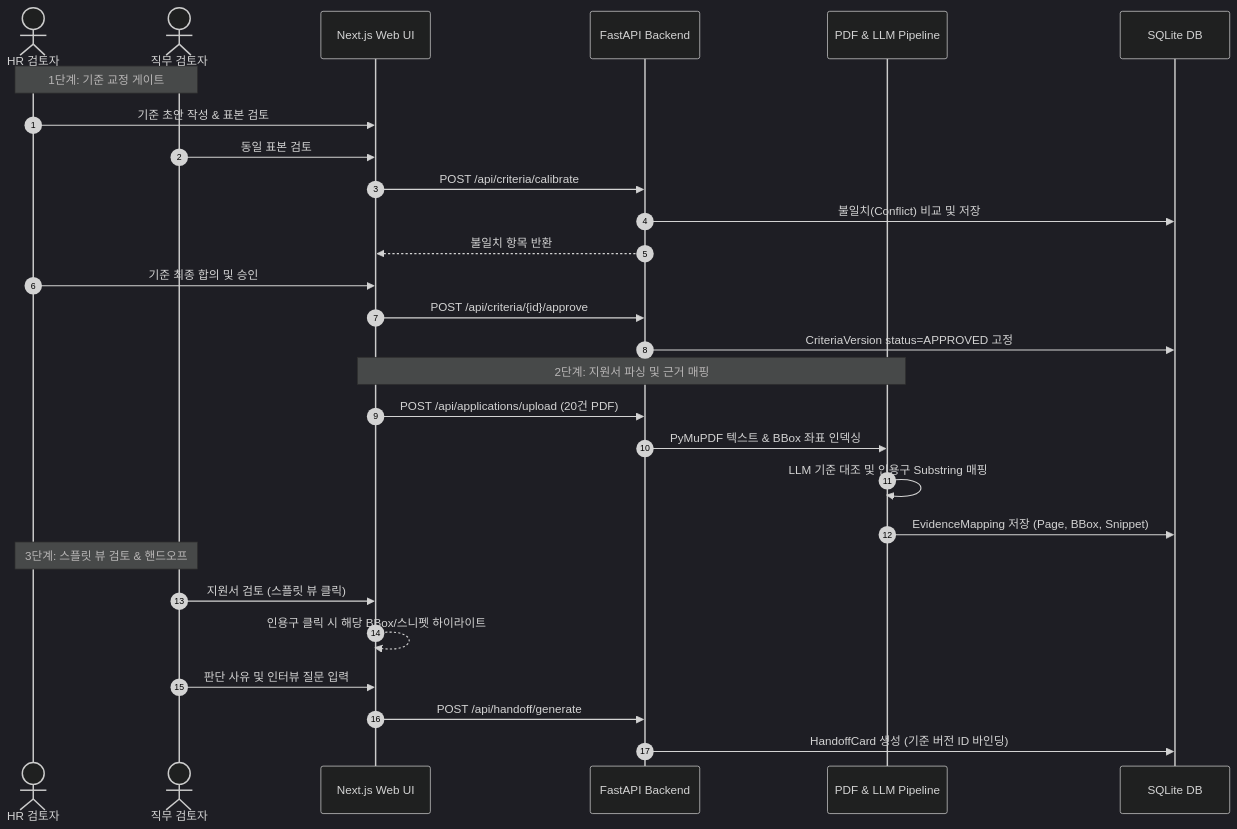
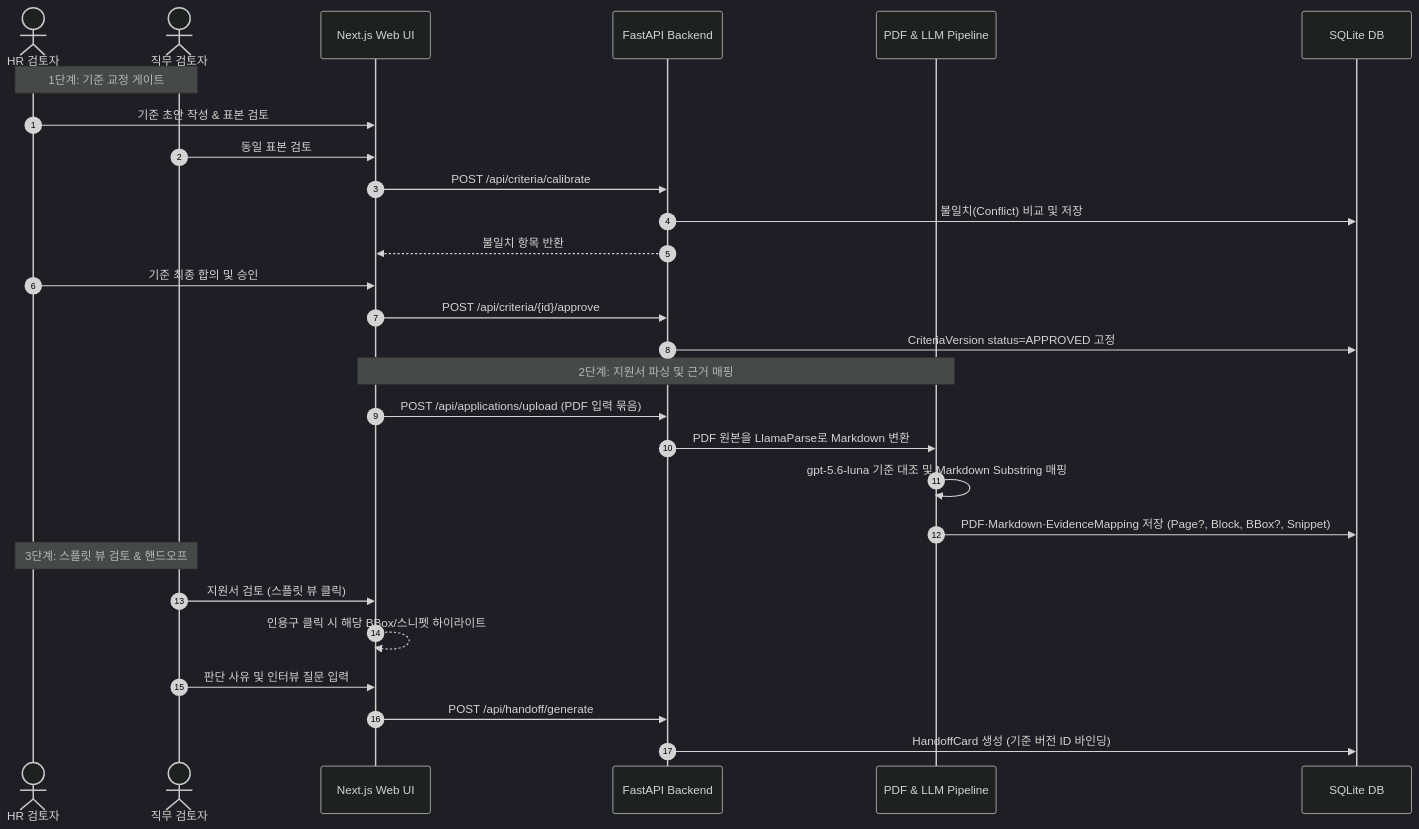
One commit to CSshk113/BLDT_BMAD changed the second of 3 diagrams in _bmad-output/planning-artifacts/architecture/architecture-Zero100_Builderthon-2026-08-26/ARCHITECTURE-SPINE.md. Above: the diagram before and after it, drawn with Mermaid (dark theme). The commit also changed other lines of this file and 9 other files, not shown here.

````diff
--- a/_bmad-output/planning-artifacts/architecture/architecture-Zero100_Builderthon-2026-08-26/ARCHITECTURE-SPINE.md
+++ b/_bmad-output/planning-artifacts/architecture/architecture-Zero100_Builderthon-2026-08-26/ARCHITECTURE-SPINE.md
@@ -144,33 +151,33 @@
 ```mermaid
 sequenceDiagram
     autonumber
     actor HR as HR 검토자
     actor Dev as 직무 검토자
     participant Web as Next.js Web UI
     participant API as FastAPI Backend
     participant Pipeline as PDF & LLM Pipeline
     participant DB as SQLite DB
 
     Note over HR, Dev: 1단계: 기준 교정 게이트
     HR->>Web: 기준 초안 작성 & 표본 검토
     Dev->>Web: 동일 표본 검토
     Web->>API: POST /api/criteria/calibrate
     API->>DB: 불일치(Conflict) 비교 및 저장
     API-->>Web: 불일치 항목 반환
     HR->>Web: 기준 최종 합의 및 승인
     Web->>API: POST /api/criteria/{id}/approve
     API->>DB: CriteriaVersion status=APPROVED 고정
 
     Note over Web, Pipeline: 2단계: 지원서 파싱 및 근거 매핑
-    Web->>API: POST /api/applications/upload (20건 PDF)
-    API->>Pipeline: PyMuPDF 텍스트 & BBox 좌표 인덱싱
-    Pipeline->>Pipeline: LLM 기준 대조 및 인용구 Substring 매핑
-    Pipeline->>DB: EvidenceMapping 저장 (Page, BBox, Snippet)
+    Web->>API: POST /api/applications/upload (PDF 입력 묶음)
+    API->>Pipeline: PDF 원본을 LlamaParse로 Markdown 변환
+    Pipeline->>Pipeline: gpt-5.6-luna 기준 대조 및 Markdown Substring 매핑
+    Pipeline->>DB: PDF·Markdown·EvidenceMapping 저장 (Page?, Block, BBox?, Snippet)
 
     Note over HR, Dev: 3단계: 스플릿 뷰 검토 & 핸드오프
     Dev->>Web: 지원서 검토 (스플릿 뷰 클릭)
     Web-->>Web: 인용구 클릭 시 해당 BBox/스니펫 하이라이트
     Dev->>Web: 판단 사유 및 인터뷰 질문 입력
     Web->>API: POST /api/handoff/generate
     API->>DB: HandoffCard 생성 (기준 버전 ID 바인딩)
 ```
````
